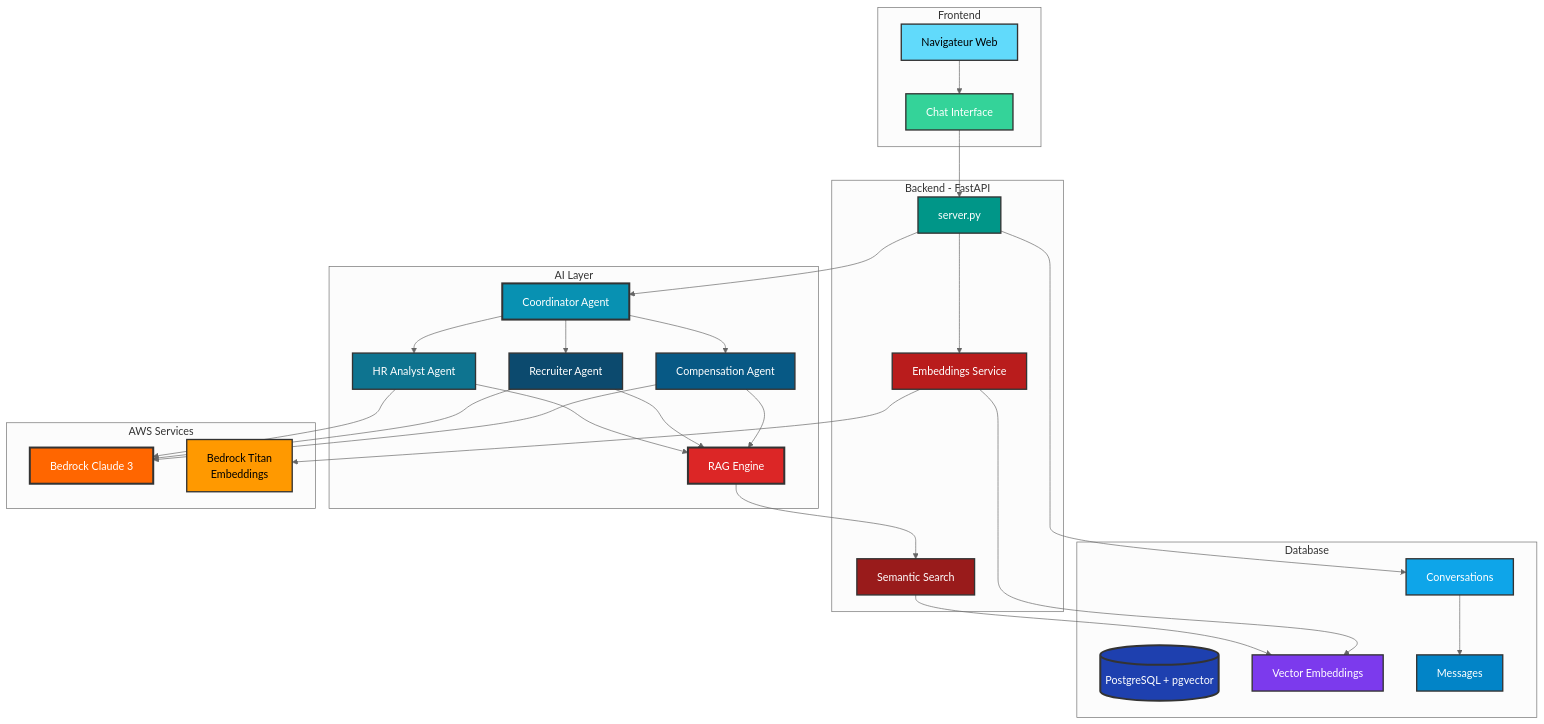
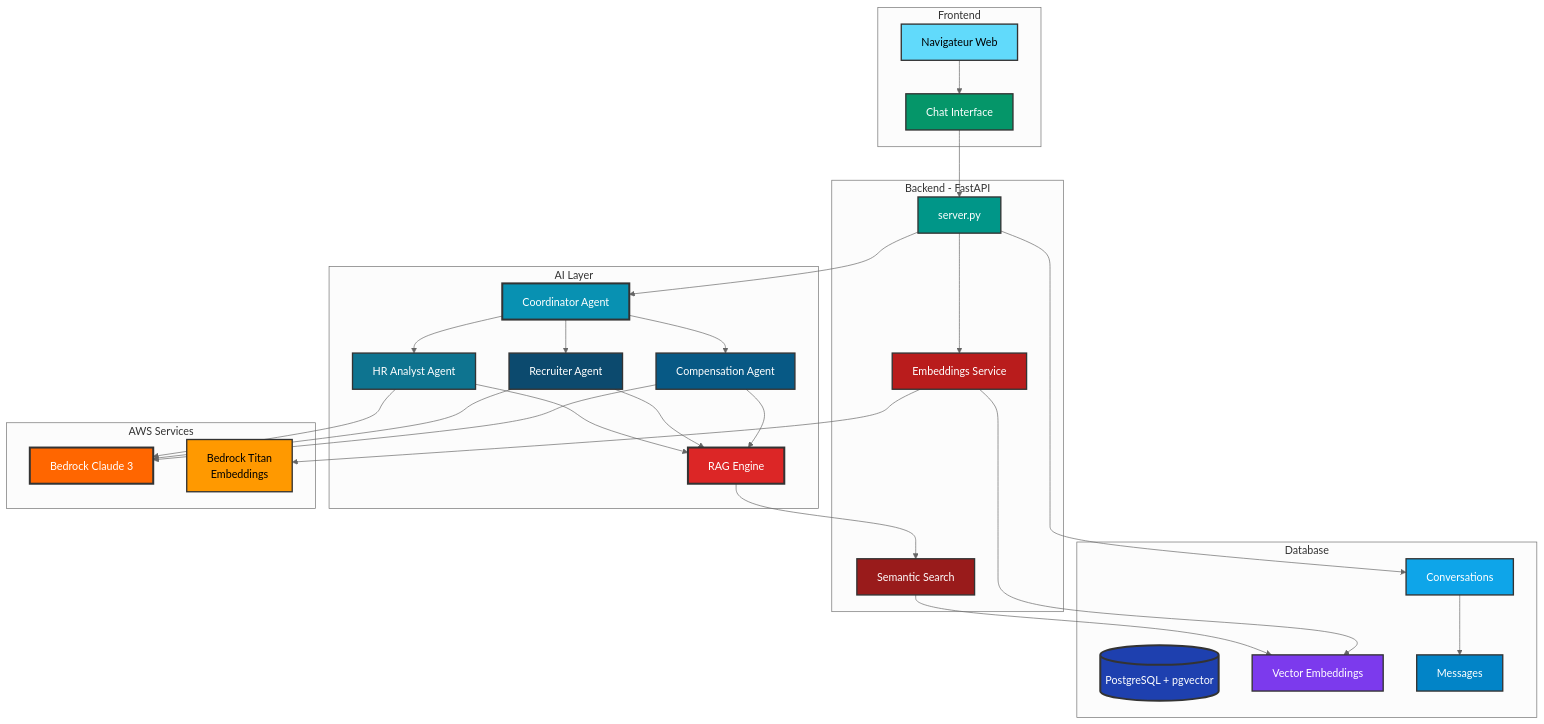
Before and after one commit to inskillflow/awsbedrock-demo-1-inmemory: the tenth of 15 diagrams in documentation/00-ARCHITECTURE.md, drawn with Mermaid (neutral theme). The commit also changed other lines of this file, not shown here.

First line of the commit message:
fix: correction du contraste texte/fond dans les diagrammes

````diff
--- a/documentation/00-ARCHITECTURE.md
+++ b/documentation/00-ARCHITECTURE.md
@@ -450,76 +450,76 @@
 ```mermaid
 graph TB
     subgraph "Frontend"
         Browser[Navigateur Web]
         Chat[Chat Interface]
     end
     
     subgraph "AI Layer"
         Coordinator[Coordinator Agent]
         HRAgent[HR Analyst Agent]
         RecruiterAgent[Recruiter Agent]
         CompAgent[Compensation Agent]
         RAG[RAG Engine]
     end
     
     subgraph "Backend - FastAPI"
         API[server.py]
         Embeddings[Embeddings Service]
         Search[Semantic Search]
     end
     
     subgraph "Database"
         DB[(PostgreSQL + pgvector)]
         Vectors[Vector Embeddings]
         Conversations[Conversations]
         Messages[Messages]
     end
     
     subgraph "AWS Services"
         Bedrock[Bedrock Claude 3]
         BedrockEmbed[Bedrock Titan<br/>Embeddings]
     end
     
     Browser --> Chat
     Chat --> API
     
     API --> Coordinator
     Coordinator --> HRAgent
     Coordinator --> RecruiterAgent
     Coordinator --> CompAgent
     
     HRAgent --> RAG
     RecruiterAgent --> RAG
     CompAgent --> RAG
     
     RAG --> Search
     Search --> Vectors
     
     API --> Embeddings
     Embeddings --> BedrockEmbed
     Embeddings --> Vectors
     
     HRAgent --> Bedrock
     RecruiterAgent --> Bedrock
     CompAgent --> Bedrock
     
     API --> Conversations
     Conversations --> Messages
     
     style Browser fill:#61DAFB,stroke:#333,stroke-width:2px,color:#000
-    style Chat fill:#34D399,stroke:#333,stroke-width:2px,color:#fff
+    style Chat fill:#059669,stroke:#333,stroke-width:2px,color:#fff
     style API fill:#009688,stroke:#333,stroke-width:2px,color:#fff
     style Coordinator fill:#0891B2,stroke:#333,stroke-width:3px,color:#fff
     style HRAgent fill:#0E7490,stroke:#333,stroke-width:2px,color:#fff
     style RecruiterAgent fill:#0C4A6E,stroke:#333,stroke-width:2px,color:#fff
     style CompAgent fill:#075985,stroke:#333,stroke-width:2px,color:#fff
     style RAG fill:#DC2626,stroke:#333,stroke-width:3px,color:#fff
     style Embeddings fill:#B91C1C,stroke:#333,stroke-width:2px,color:#fff
     style Search fill:#991B1B,stroke:#333,stroke-width:2px,color:#fff
     style DB fill:#1E40AF,stroke:#333,stroke-width:3px,color:#fff
     style Vectors fill:#7C3AED,stroke:#333,stroke-width:2px,color:#fff
     style Conversations fill:#0EA5E9,stroke:#333,stroke-width:2px,color:#fff
     style Messages fill:#0284C7,stroke:#333,stroke-width:2px,color:#fff
     style Bedrock fill:#FF6600,stroke:#333,stroke-width:3px,color:#fff
     style BedrockEmbed fill:#FF9900,stroke:#333,stroke-width:2px,color:#000
 ```
````
